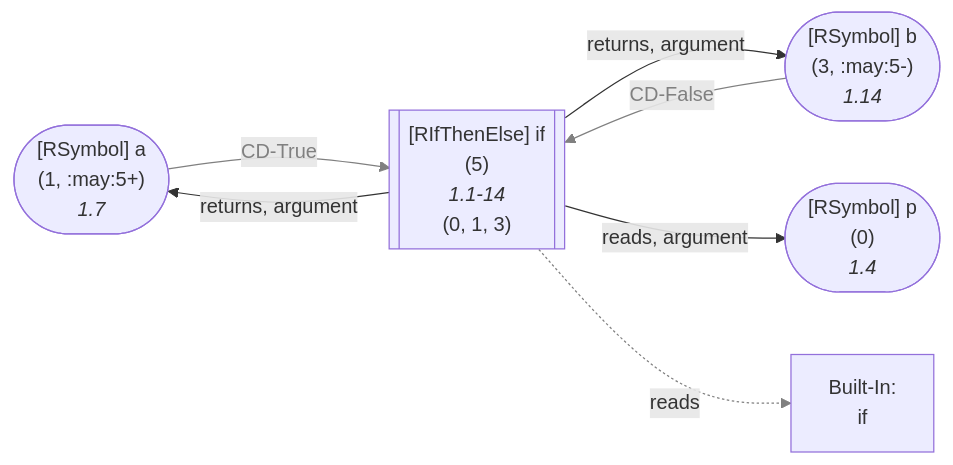
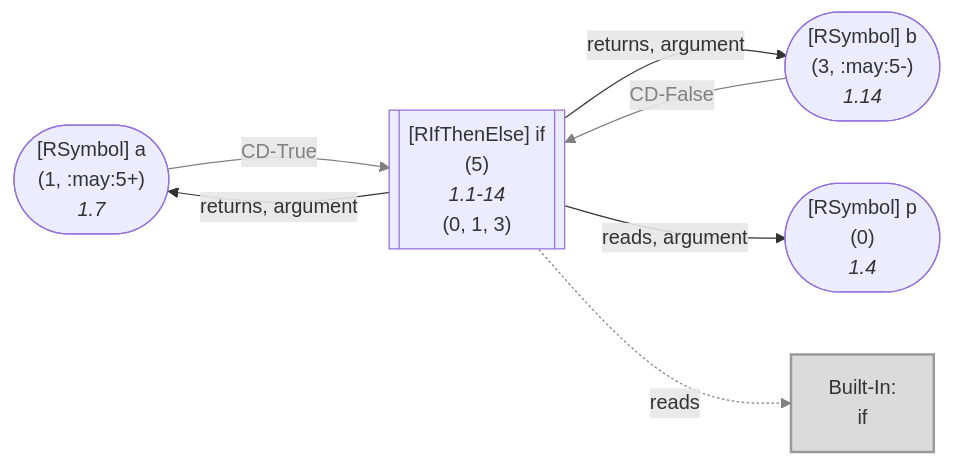
Before and after one commit to flowr-analysis/flowr: diagram 14 of 48 in wiki/Dataflow Graph.md, drawn with Mermaid. The commit also changed other lines of this file and 4 other files, not shown here.

````diff
--- a/wiki/Dataflow Graph.md
+++ b/wiki/Dataflow Graph.md
@@ -2294,27 +2345,28 @@
 ```mermaid
 flowchart LR
     0(["`#91;RSymbol#93; p
       (0)
       *1.4*`"])
     1(["`#91;RSymbol#93; a
       (1, :may:5+)
       *1.7*`"])
     3(["`#91;RSymbol#93; b
       (3, :may:5-)
       *1.14*`"])
     5[["`#91;RIfThenElse#93; if
       (5)
       *1.1-14*
     (0, 1, 3)`"]]
     built-in:if["`Built-In:
 if`"]
+    style built-in:if stroke:gray,fill:lightgray,stroke-width:2px,opacity:.8;
     1 -->|"CD-True"| 5
     linkStyle 0 stroke:gray,color:gray;
     3 -->|"CD-False"| 5
     linkStyle 1 stroke:gray,color:gray;
     5 -->|"returns, argument"| 1
     5 -->|"returns, argument"| 3
     5 -->|"reads, argument"| 0
     5 -.->|"reads"| built-in:if
     linkStyle 5 stroke:gray;
 ```
````
